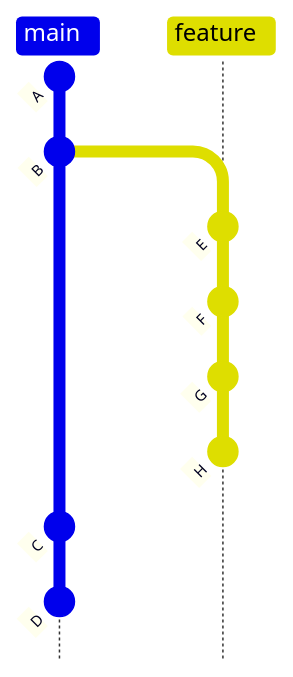
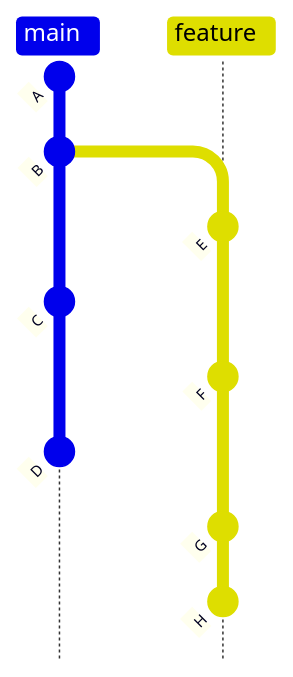
One commit to ivanado/git-exercises changed the first of 2 diagrams in exercises/cherry_picking.exercise.md. Above: the diagram before and after it, drawn with Mermaid. The commit also changed other lines of this file, not shown here.

````diff
--- a/exercises/cherry_picking.exercise.md
+++ b/exercises/cherry_picking.exercise.md
@@ -16,23 +16,27 @@
 ```mermaid
 %%{init: { 
     'logLevel': 'debug', 
     'theme': 'default', 
     'themeVariables': {
               'background': 'transparent'
     } 
 } }%%
 gitGraph TB:
     checkout main
     commit id: "A"
     commit id: "B"
     branch feature 
     
     checkout feature
      commit id: "E"
+     checkout main
+    commit id: "C"
+    checkout feature
     commit id: "F"
+     checkout main
+    commit id: "D"
+    checkout feature
     commit id: "G"
     commit id: "H" 
-     checkout main
-    commit id: "C"
-    commit id: "D"
+    
 ```
````
